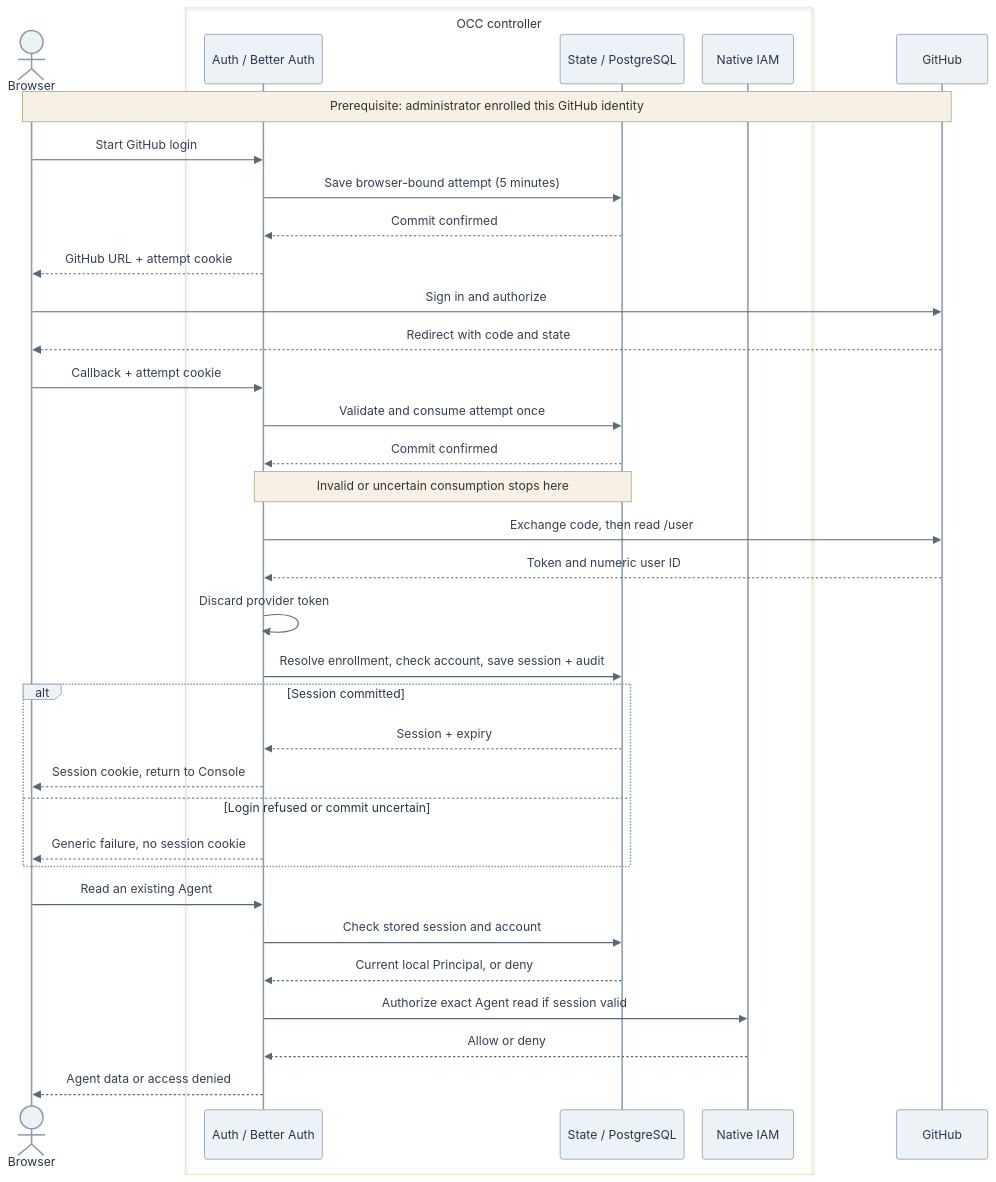
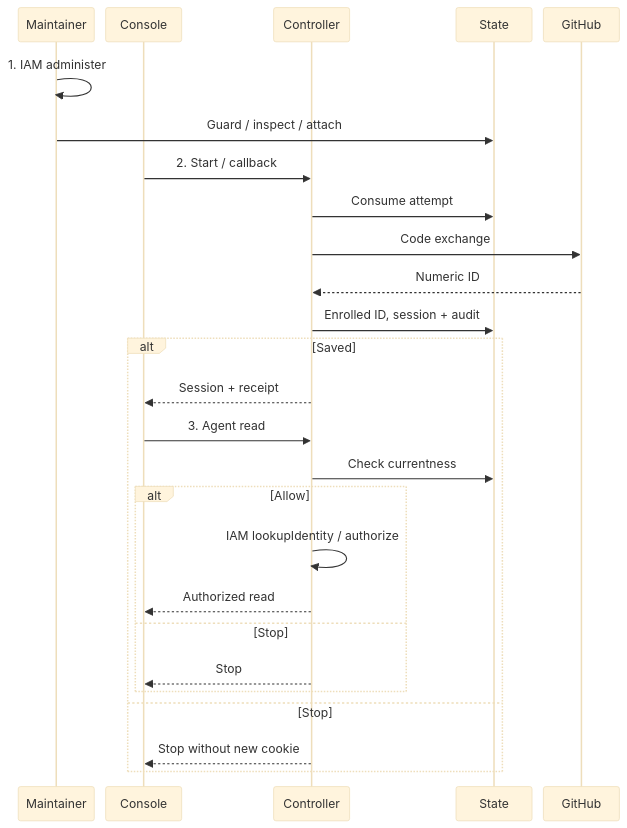
The diagram in specs/31-human-federated-sign-in/request-lifecycle.mmd (IsaiahStapleton/openclaw-enterprise), drawn with Mermaid before and after one commit. The commit also changed 2 other files, not shown here.

Commit message:
docs: update GitHub sign-in RFC

```diff
--- a/specs/31-human-federated-sign-in/request-lifecycle.mmd
+++ b/specs/31-human-federated-sign-in/request-lifecycle.mmd
@@ -1,56 +1,39 @@
 ---
 config:
   theme: base
   htmlLabels: true
   themeVariables:
-    fontSize: 15px
-    actorBkg: "#EDF2F7"
-    actorBorder: "#879AB0"
-    actorTextColor: "#25364A"
-    signalColor: "#596779"
-    signalTextColor: "#344054"
-    noteBkgColor: "#F7F1E5"
-    noteBorderColor: "#B3A078"
+    fontSize: 14px
   sequence:
+    actorMargin: 15
+    width: 100
+    height: 45
+    messageMargin: 12
     mirrorActors: true
-    useMaxWidth: true
-    actorMargin: 24
-    width: 120
-    messageMargin: 20
-    noteMargin: 10
 ---
 sequenceDiagram
-  actor Browser
-  box OCC controller
-    participant Auth as Auth / Better Auth
-    participant State as State / PostgreSQL
-    participant IAM as Native IAM
+  participant M as Maintainer
+  participant B as Console
+  participant C as Controller
+  participant S as State
+  participant G as GitHub
+  M->>M: 1. IAM administer
+  M->>S: Guard / inspect / attach
+  B->>C: 2. Start / callback
+  C->>S: Consume attempt
+  C->>G: Code exchange
+  G-->>C: Numeric ID
+  C->>S: Enrolled ID, session + audit
+  alt Saved
+    C-->>B: Session + receipt
+    B->>C: 3. Agent read
+    C->>S: Check currentness
+    alt Allow
+      C->>C: IAM lookupIdentity / authorize
+      C-->>B: Authorized read
+    else Stop
+      C-->>B: Stop
+    end
+  else Stop
+    C-->>B: Stop without new cookie
   end
-  participant GitHub
-  Note over Browser,GitHub: Prerequisite: administrator enrolled this GitHub identity
-  Browser->>Auth: Start GitHub login
-  Auth->>State: Save browser-bound attempt (5 minutes)
-  State-->>Auth: Commit confirmed
-  Auth-->>Browser: GitHub URL + attempt cookie
-  Browser->>GitHub: Sign in and authorize
-  GitHub-->>Browser: Redirect with code and state
-  Browser->>Auth: Callback + attempt cookie
-  Auth->>State: Validate and consume attempt once
-  State-->>Auth: Commit confirmed
-  Note over Auth,State: Invalid or uncertain consumption stops here
-  Auth->>GitHub: Exchange code, then read /user
-  GitHub-->>Auth: Token and numeric user ID
-  Auth->>Auth: Discard provider token
-  Auth->>State: Resolve enrollment, check account, save session + audit
-  alt Session committed
-    State-->>Auth: Session + expiry
-    Auth-->>Browser: Session cookie, return to Console
-  else Login refused or commit uncertain
-    Auth-->>Browser: Generic failure, no session cookie
-  end
-  Browser->>Auth: Read an existing Agent
-  Auth->>State: Check stored session and account
-  State-->>Auth: Current local Principal, or deny
-  Auth->>IAM: Authorize exact Agent read if session valid
-  IAM-->>Auth: Allow or deny
-  Auth-->>Browser: Agent data or access denied
```
